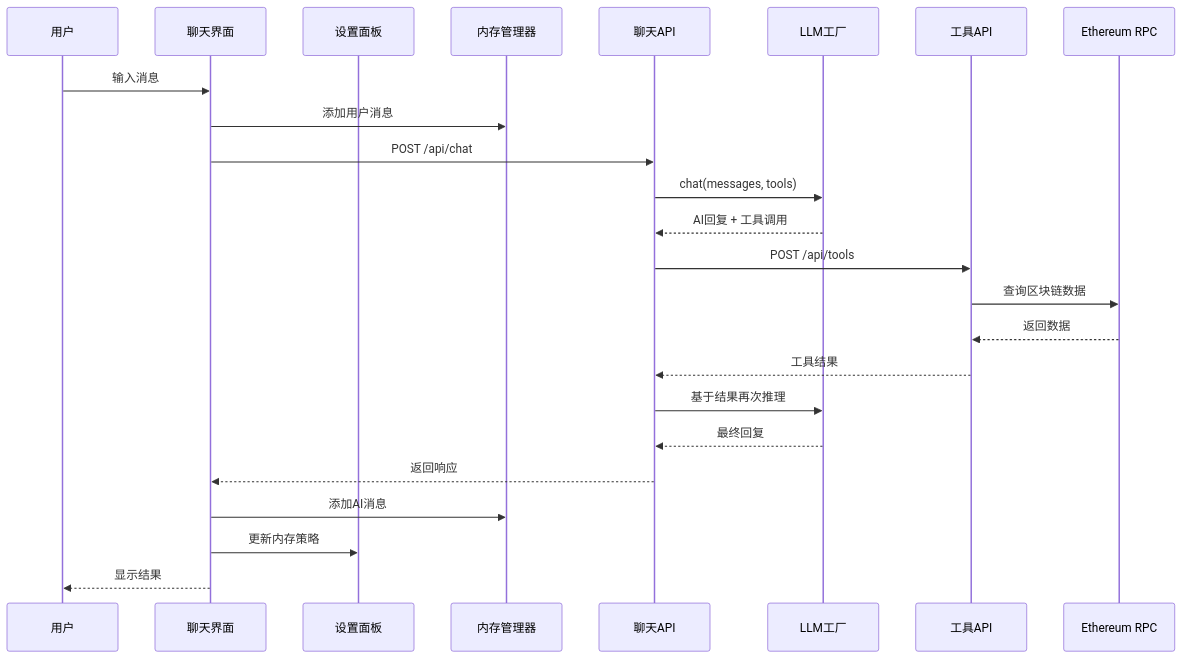
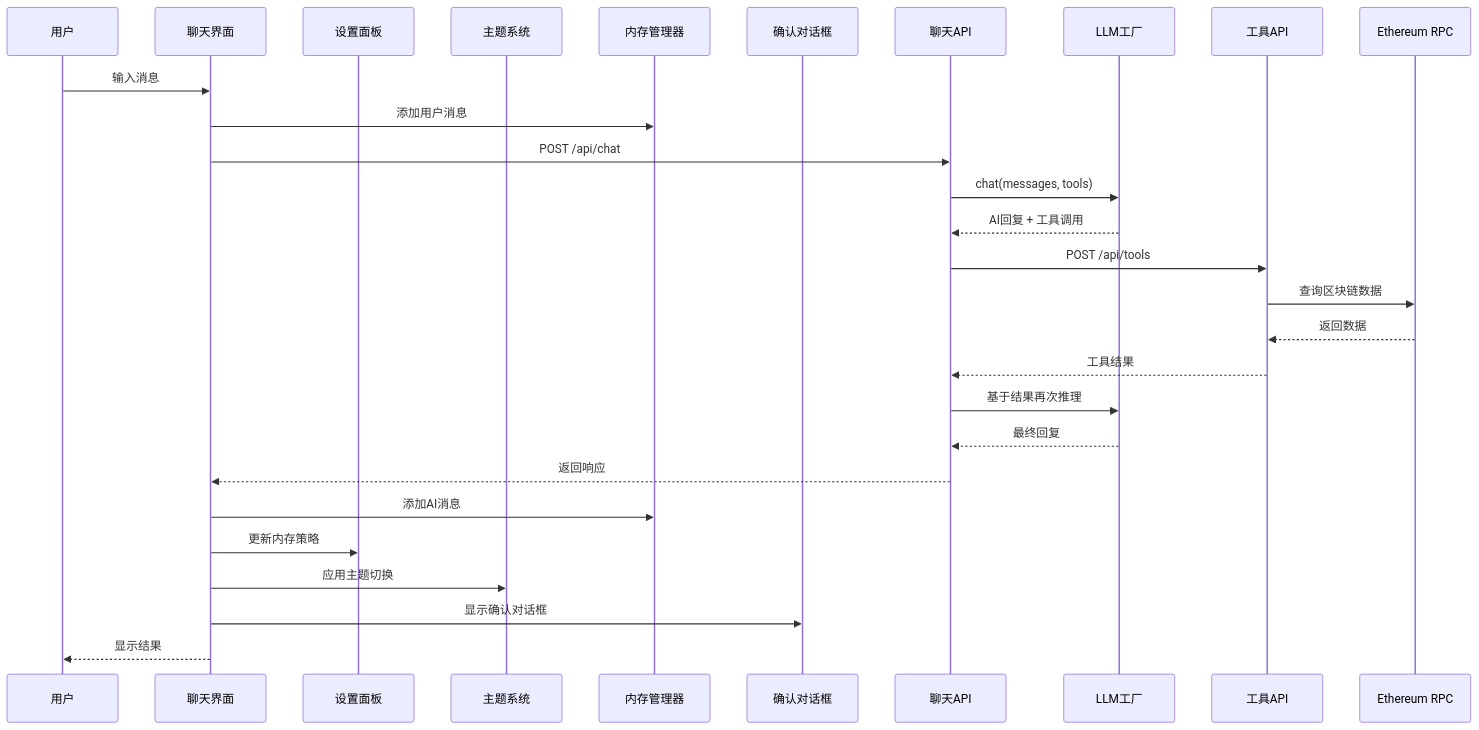
Before and after one commit to CryptoLinxu/Web3-AI-Agent: the fifth of 23 diagrams in .qoder/repowiki/zh/content/项目概述/整体架构概览/Web应用程序/Web应用程序.md, drawn with Mermaid. The commit also changed other lines of this file and 18 other files, not shown here.

````diff
--- a/.qoder/repowiki/zh/content/项目概述/整体架构概览/Web应用程序/Web应用程序.md
+++ b/.qoder/repowiki/zh/content/项目概述/整体架构概览/Web应用程序/Web应用程序.md
@@ -235,26 +254,30 @@
 ```mermaid
 sequenceDiagram
 participant User as 用户
 participant UI as 聊天界面
 participant Settings as 设置面板
+participant Theme as 主题系统
 participant Memory as 内存管理器
+participant Dialog as 确认对话框
 participant ChatAPI as 聊天API
 participant LLM as LLM工厂
 participant ToolsAPI as 工具API
 participant RPC as Ethereum RPC
 User->>UI : 输入消息
 UI->>Memory : 添加用户消息
 UI->>ChatAPI : POST /api/chat
 ChatAPI->>LLM : chat(messages, tools)
 LLM-->>ChatAPI : AI回复 + 工具调用
 ChatAPI->>ToolsAPI : POST /api/tools
 ToolsAPI->>RPC : 查询区块链数据
 RPC-->>ToolsAPI : 返回数据
 ToolsAPI-->>ChatAPI : 工具结果
 ChatAPI->>LLM : 基于结果再次推理
 LLM-->>ChatAPI : 最终回复
 ChatAPI-->>UI : 返回响应
 UI->>Memory : 添加AI消息
 UI->>Settings : 更新内存策略
+UI->>Theme : 应用主题切换
+UI->>Dialog : 显示确认对话框
 UI-->>User : 显示结果
 ```
````
